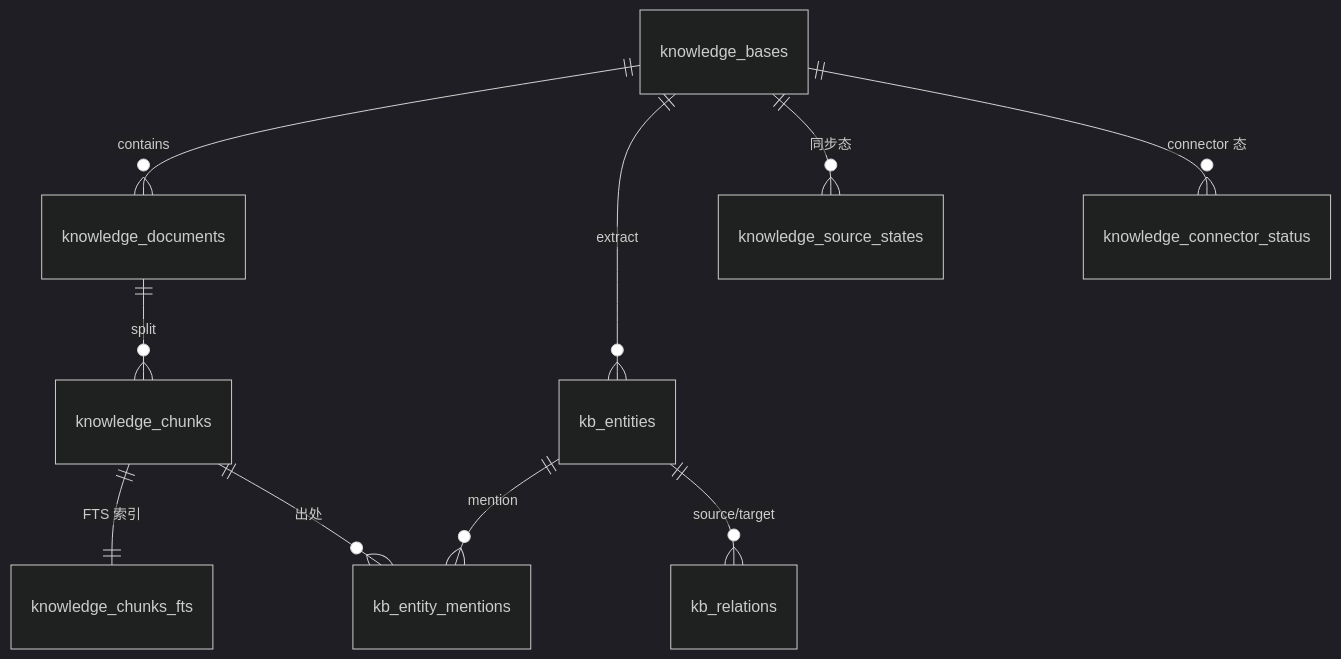
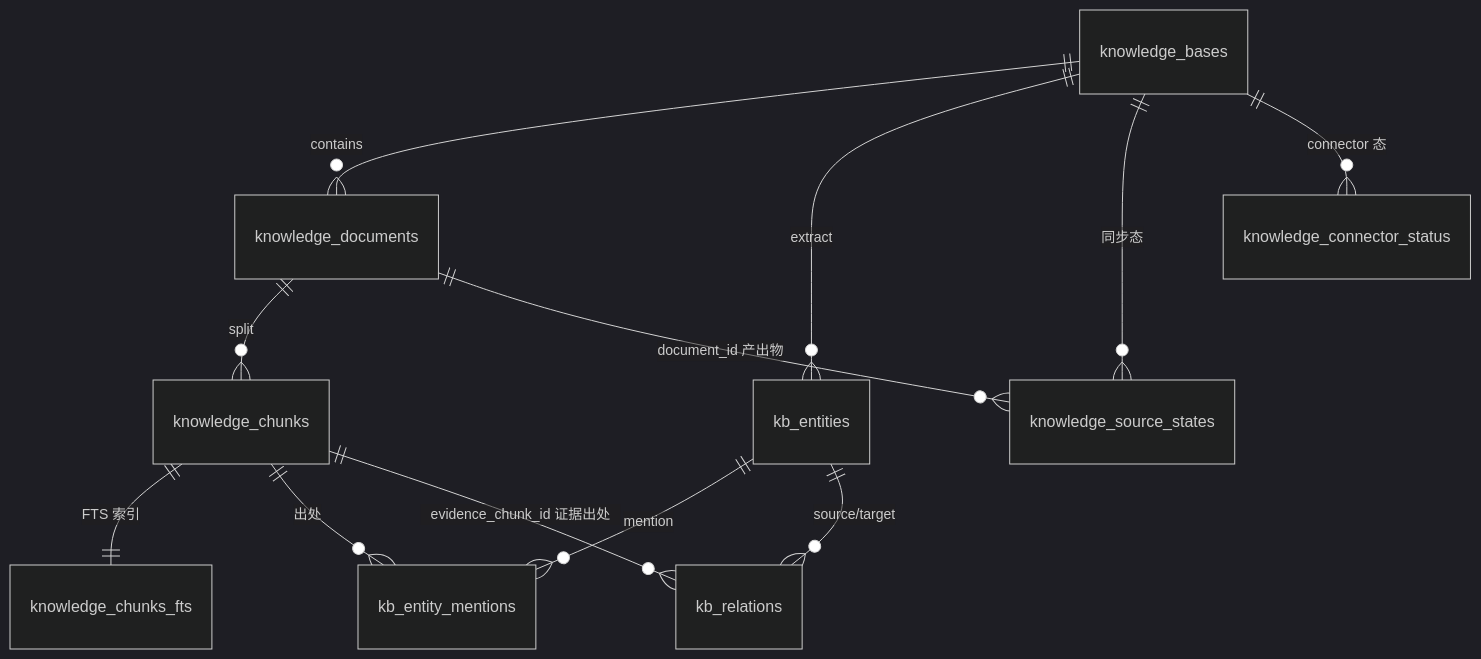
One commit to Summy2104/fleetent changed the fourth of 4 diagrams in docs/architecture/data-model.md. Above: the diagram before and after it, drawn with Mermaid (dark theme). The commit also changed other lines of this file, not shown here.

````diff
--- a/docs/architecture/data-model.md
+++ b/docs/architecture/data-model.md
@@ -203,12 +212,14 @@
 ```mermaid
 erDiagram
   knowledge_bases ||--o{ knowledge_documents : "contains"
   knowledge_documents ||--o{ knowledge_chunks : "split"
   knowledge_chunks ||--|| knowledge_chunks_fts : "FTS 索引"
   knowledge_bases ||--o{ kb_entities : "extract"
   kb_entities ||--o{ kb_entity_mentions : "mention"
   knowledge_chunks ||--o{ kb_entity_mentions : "出处"
   kb_entities ||--o{ kb_relations : "source/target"
+  knowledge_chunks ||--o{ kb_relations : "evidence_chunk_id 证据出处"
   knowledge_bases ||--o{ knowledge_source_states : "同步态"
+  knowledge_documents ||--o{ knowledge_source_states : "document_id 产出物"
   knowledge_bases ||--o{ knowledge_connector_status : "connector 态"
 ```
````
